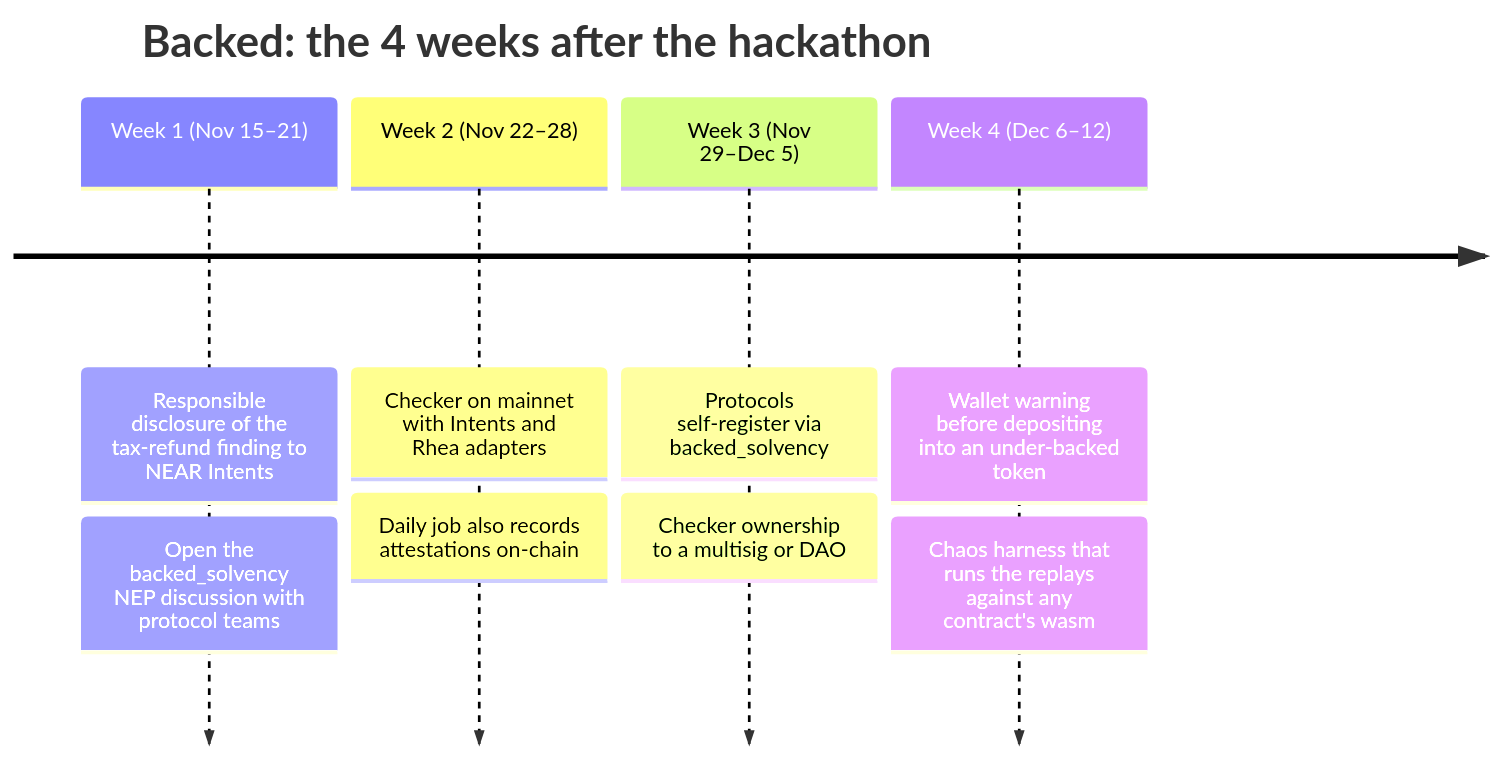
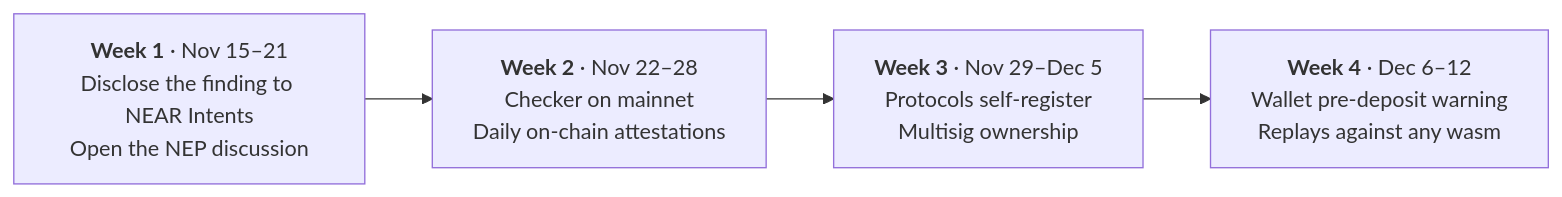
One commit to rohan911438/Backed changed diagram 12 of 12 in README.md. Above: the diagram before and after it, drawn with Mermaid. The commit also changed other lines of this file and 1 other file, not shown here.

First line of the commit message:
README: fix and simplify Mermaid diagrams

````diff
--- a/README.md
+++ b/README.md
@@ -660,12 +659,8 @@
 ```mermaid
-timeline
-    title Backed: the 4 weeks after the hackathon
-    Week 1 (Nov 15–21)    : Responsible disclosure of the tax-refund finding to NEAR Intents
-                          : Open the backed_solvency NEP discussion with protocol teams
-    Week 2 (Nov 22–28)    : Checker on mainnet with Intents and Rhea adapters
-                          : Daily job also records attestations on-chain
-    Week 3 (Nov 29–Dec 5) : Protocols self-register via backed_solvency
-                          : Checker ownership to a multisig or DAO
-    Week 4 (Dec 6–12)     : Wallet warning before depositing into an under-backed token
-                          : Chaos harness that runs the replays against any contract's wasm
+flowchart LR
+    W1["<b>Week 1</b> · Nov 15–21<br/>Disclose the finding to NEAR Intents<br/>Open the NEP discussion"]
+    W2["<b>Week 2</b> · Nov 22–28<br/>Checker on mainnet<br/>Daily on-chain attestations"]
+    W3["<b>Week 3</b> · Nov 29–Dec 5<br/>Protocols self-register<br/>Multisig ownership"]
+    W4["<b>Week 4</b> · Dec 6–12<br/>Wallet pre-deposit warning<br/>Replays against any wasm"]
+    W1 --> W2 --> W3 --> W4
 ```
````
